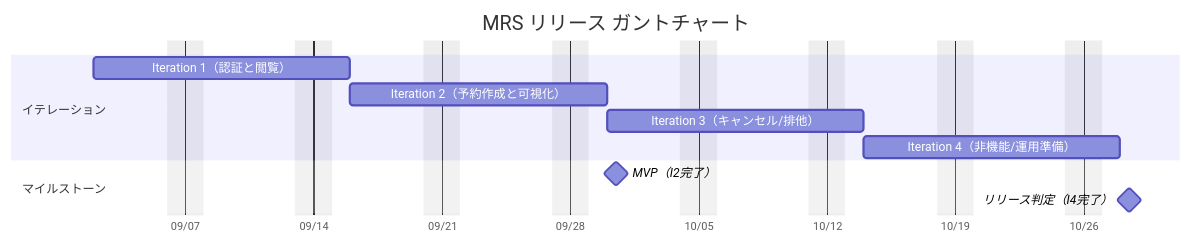
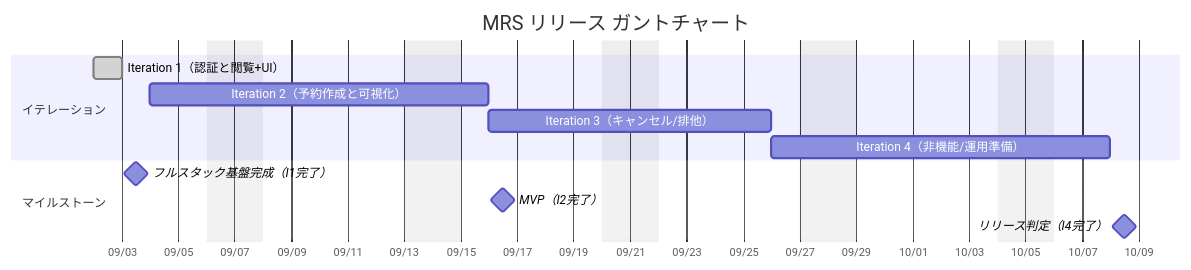
One commit to k2works/ai-programing-exercise changed the first of 2 diagrams in docs/requirements/リリース計画.md. Above: the diagram before and after it, drawn with Mermaid. The commit also changed other lines of this file, not shown here.

````diff
--- a/docs/requirements/リリース計画.md
+++ b/docs/requirements/リリース計画.md
@@ -9,17 +9,18 @@
 ```mermaid
 gantt
   title MRS リリース ガントチャート
   dateFormat  YYYY-MM-DD
   axisFormat  %m/%d
   excludes    weekends
 
   section イテレーション
-  Iteration 1（認証と閲覧）       :i1, 2025-09-02, 10d
-  Iteration 2（予約作成と可視化） :i2, after i1, 10d
-  Iteration 3（キャンセル/排他）  :i3, after i2, 10d
-  Iteration 4（非機能/運用準備）  :i4, after i3, 10d
+  Iteration 1（認証と閲覧+UI）    :done, i1, 2025-09-02, 2025-09-03
+  Iteration 2（予約作成と可視化） :i2, 2025-09-04, 8d
+  Iteration 3（キャンセル/排他）  :i3, after i2, 8d
+  Iteration 4（非機能/運用準備）  :i4, after i3, 8d
 
   section マイルストーン
+  フルスタック基盤完成（I1完了）  :milestone, m0, 2025-09-03, 1d
   MVP（I2完了）                  :milestone, m1, after i2, 1d
   リリース判定（I4完了）          :milestone, m2, after i4, 1d
 ```
````
